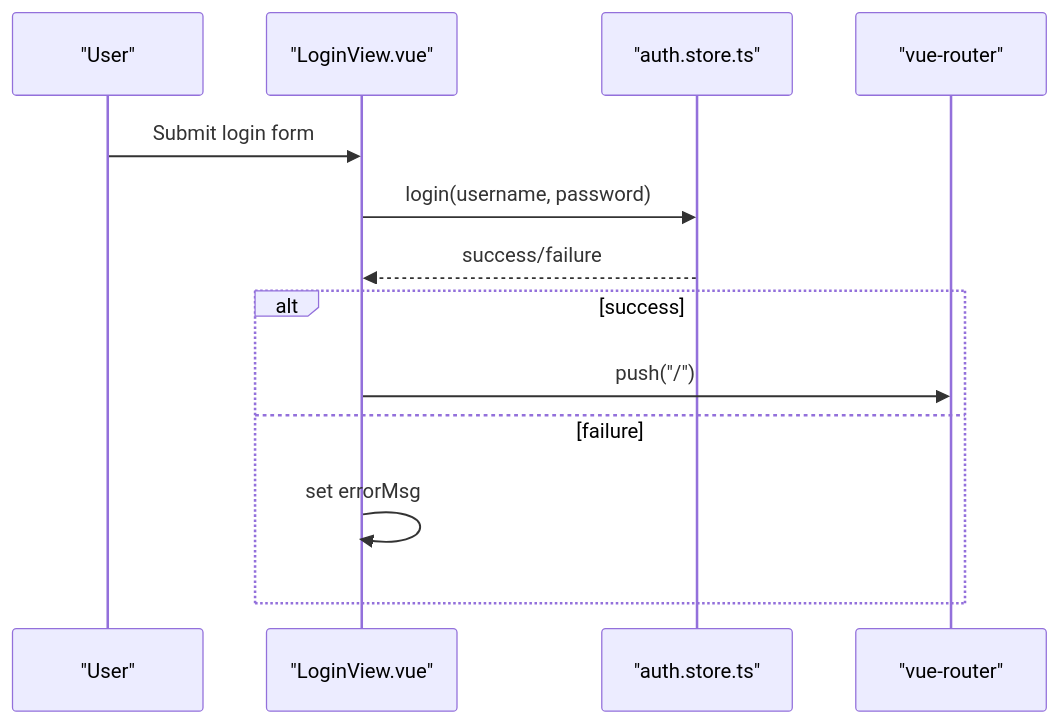
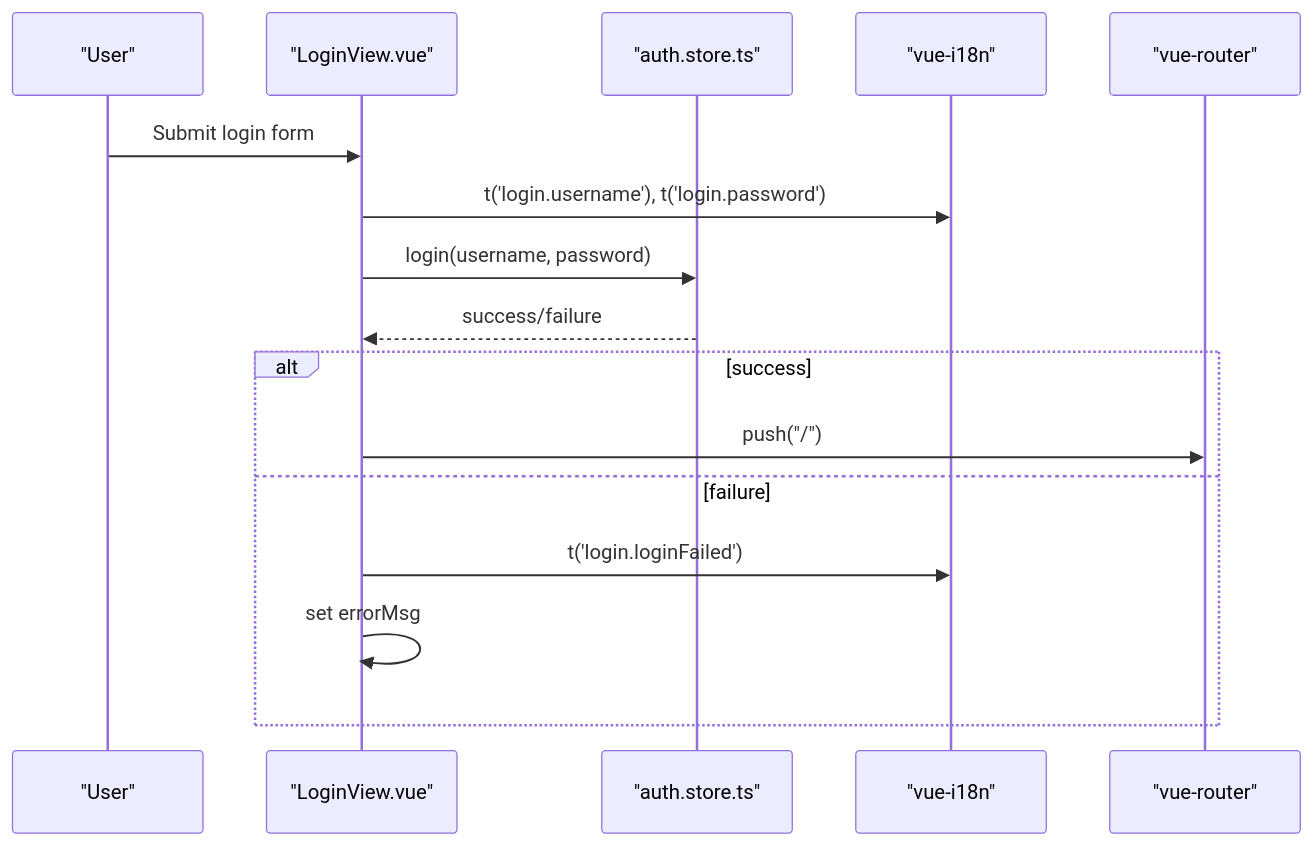
One commit to alickjoe/webterm changed the fifth of 11 diagrams in .qoder/repowiki/en/content/Frontend Application Architecture/Vue.js Application Structure.md. Above: the diagram before and after it, drawn with Mermaid. The commit also changed other lines of this file and 3 other files, not shown here.

First line of the commit message:
docs(architecture): 更新架构概览文档内容排版和格式

````diff
--- a/.qoder/repowiki/en/content/Frontend Application Architecture/Vue.js Application Structure.md
+++ b/.qoder/repowiki/en/content/Frontend Application Architecture/Vue.js Application Structure.md
@@ -233,15 +318,18 @@
 ```mermaid
 sequenceDiagram
 participant U as "User"
 participant LV as "LoginView.vue"
 participant AS as "auth.store.ts"
+participant I18n as "vue-i18n"
 participant Router as "vue-router"
 U->>LV : Submit login form
+LV->>I18n : t('login.username'), t('login.password')
 LV->>AS : login(username, password)
 AS-->>LV : success/failure
 alt success
 LV->>Router : push("/")
 else failure
+LV->>I18n : t('login.loginFailed')
 LV->>LV : set errorMsg
 end
 ```
````
